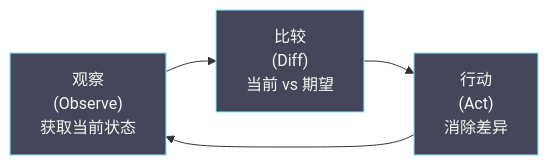
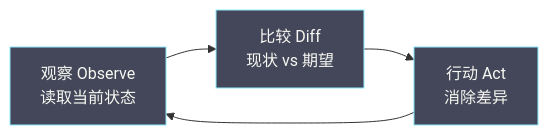
One commit to hpliStartAgain/my-brain changed the first of 4 diagrams in content/云原生/Kubernetes/kubernetes架构原则和对象设计/01 Kubernetes 的诞生与设计哲学.md. Above: the diagram before and after it, drawn with Mermaid. The commit also changed other lines of this file and 24 other files, not shown here.

````diff
--- a/content/云原生/Kubernetes/kubernetes架构原则和对象设计/01 Kubernetes 的诞生与设计哲学.md
+++ b/content/云原生/Kubernetes/kubernetes架构原则和对象设计/01 Kubernetes 的诞生与设计哲学.md
@@ -150,10 +204,10 @@
 ```mermaid
 %%{init: {'theme': 'dracula'}}%%
 graph LR
-    O["观察</br>(Observe)</br>获取当前状态"] --> D["比较</br>(Diff)</br>当前 vs 期望"]
-    D --> A["行动</br>(Act)</br>消除差异"]
+    O["观察 Observe<br/>读取当前状态"] --> D["比较 Diff<br/>现状 vs 期望"]
+    D --> A["行动 Act<br/>消除差异"]
     A --> O
 
     classDef step fill:#44475a,stroke:#8be9fd,color:#f8f8f2
     class O,D,A step
 ```
````
